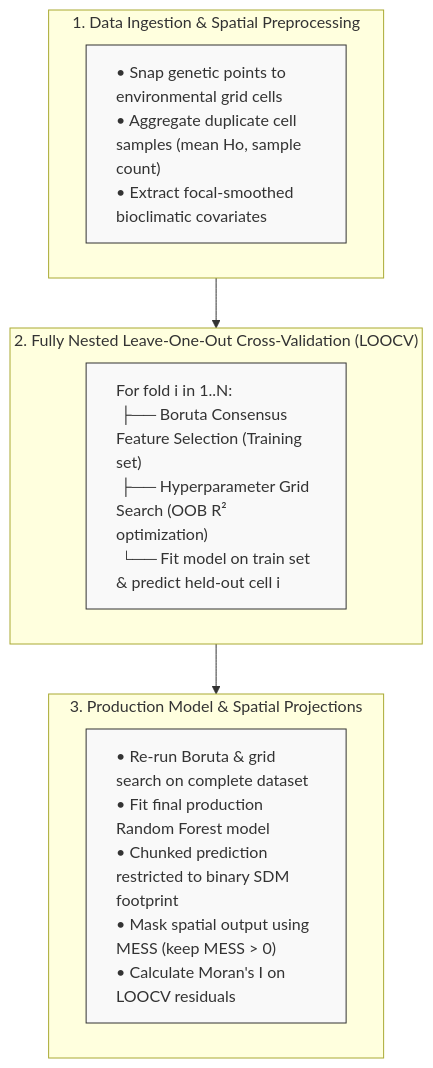
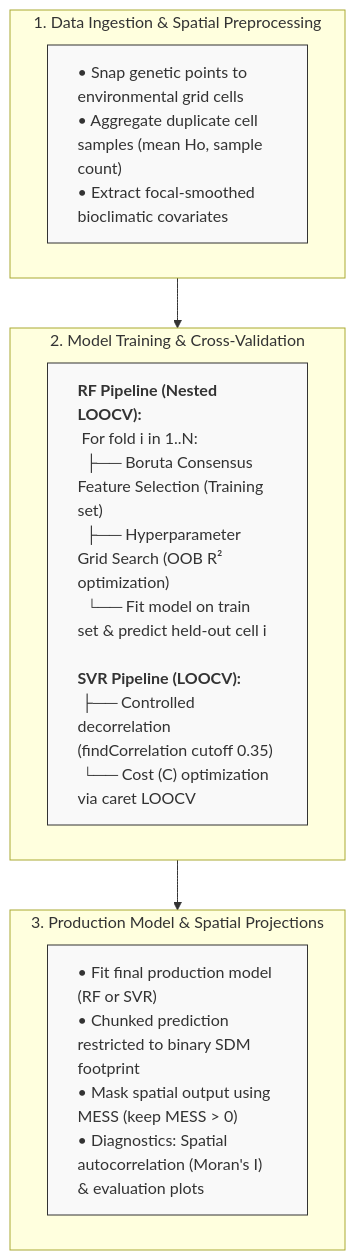
Before and after one commit to ccsosa/RF_LOOCV_MAGROGENETICS: the diagram in README.md, drawn with Mermaid. The commit also changed other lines of this file and 2 other files, not shown here.

````diff
--- a/README.md
+++ b/README.md
@@ -25,21 +31,21 @@
 ```mermaid
 graph TD
     classDef process fill:#f9f9f9,stroke:#333,stroke-width:1px,text-align:left;
 
     subgraph Step1 ["1. Data Ingestion & Spatial Preprocessing"]
         A1["• Snap genetic points to environmental grid cells<br>• Aggregate duplicate cell samples (mean Ho, sample count)<br>• Extract focal-smoothed bioclimatic covariates"]
     end
 
-    subgraph Step2 ["2. Fully Nested Leave-One-Out Cross-Validation (LOOCV)"]
-        B1["For fold i in 1..N:<br> ├── Boruta Consensus Feature Selection (Training set)<br> ├── Hyperparameter Grid Search (OOB R² optimization)<br> └── Fit model on train set & predict held-out cell i"]
+    subgraph Step2 ["2. Model Training & Cross-Validation"]
+        B1["<b>RF Pipeline (Nested LOOCV):</b><br> For fold i in 1..N:<br>  ├── Boruta Consensus Feature Selection (Training set)<br>  ├── Hyperparameter Grid Search (OOB R² optimization)<br>  └── Fit model on train set & predict held-out cell i<br><br><b>SVR Pipeline (LOOCV):</b><br> ├── Controlled decorrelation (findCorrelation cutoff 0.35)<br> └── Cost (C) optimization via caret LOOCV"]
     end
 
     subgraph Step3 ["3. Production Model & Spatial Projections"]
-        C1["• Re-run Boruta & grid search on complete dataset<br>• Fit final production Random Forest model<br>• Chunked prediction restricted to binary SDM footprint<br>• Mask spatial output using MESS (keep MESS > 0)<br>• Calculate Moran's I on LOOCV residuals"]
+        C1["• Fit final production model (RF or SVR)<br>• Chunked prediction restricted to binary SDM footprint<br>• Mask spatial output using MESS (keep MESS > 0)<br>• Diagnostics: Spatial autocorrelation (Moran's I) & evaluation plots"]
     end
 
     Step1 --> Step2
     Step2 --> Step3
 
     class A1,B1,C1 process;
 ```
````
